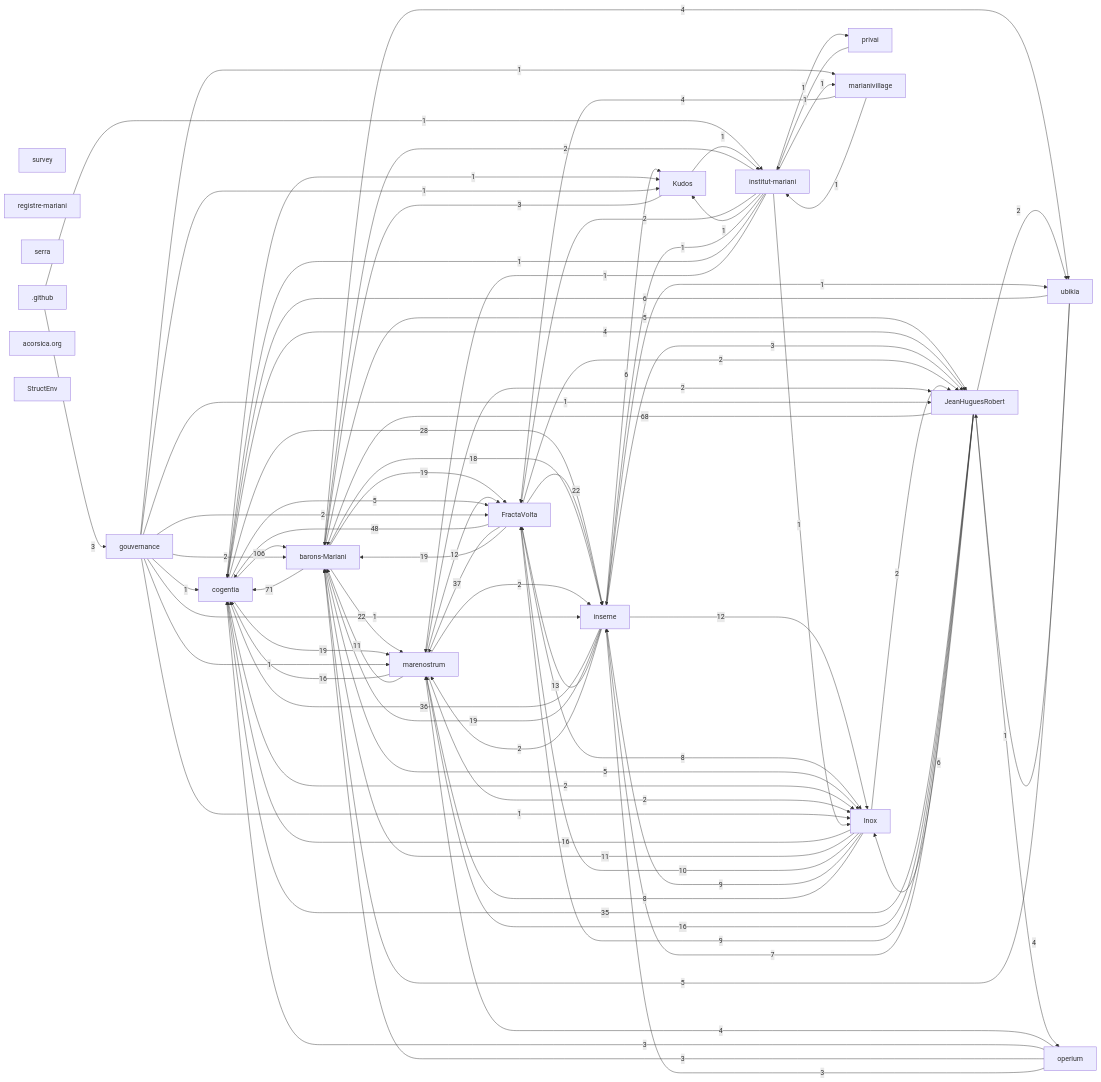
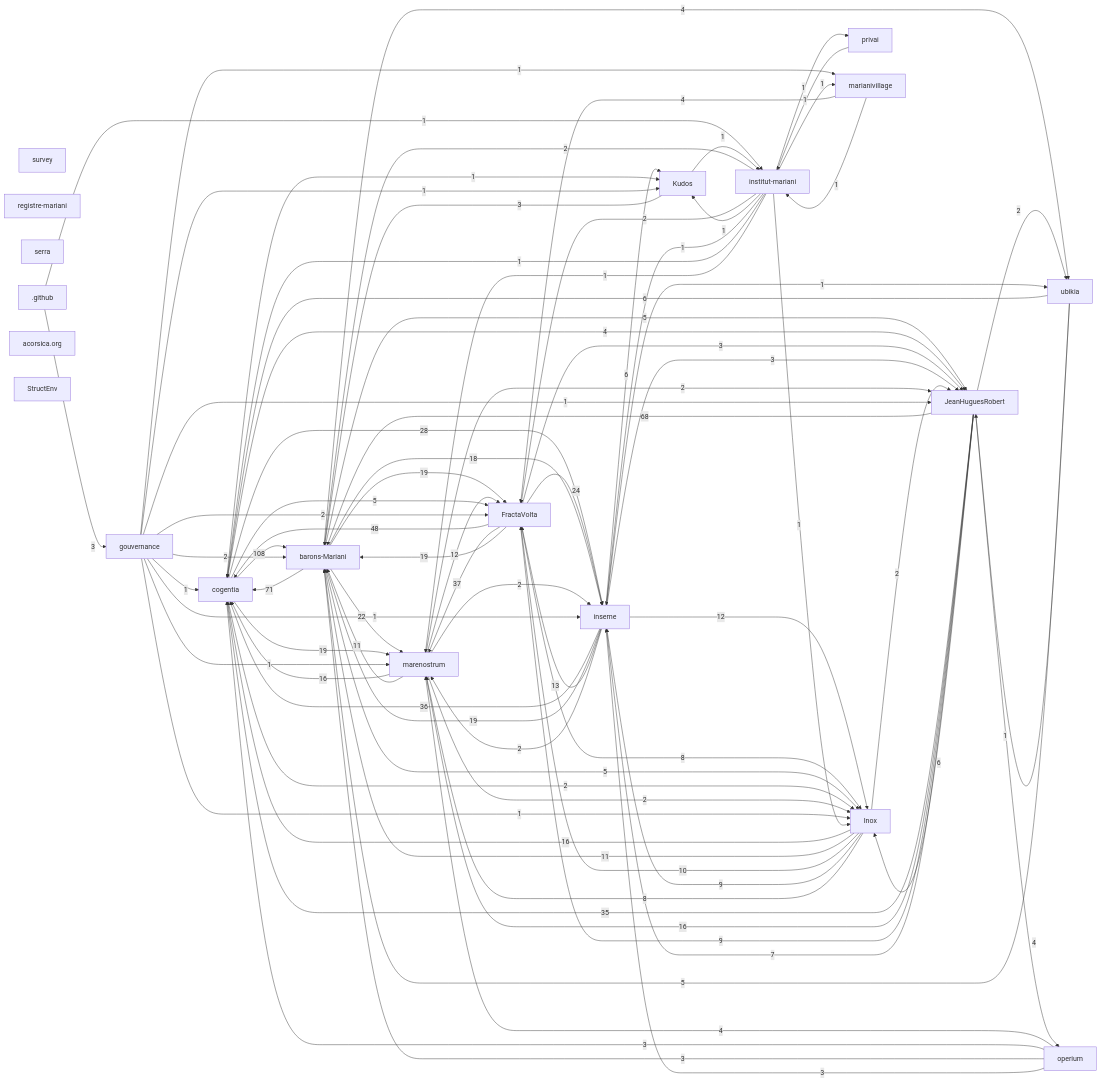
One commit to acorsica/acorsica.org changed the first of 2 diagrams in research/corpus-status.md. Above: the diagram before and after it, drawn with Mermaid.

Commit message:
Refresh corpus status

```diff
--- a/research/corpus-status.md
+++ b/research/corpus-status.md
@@ -56,7 +56,7 @@
   r_github[".github"]
   r_acorsica_org["acorsica.org"]
   r_structenv["StructEnv"]
-  r_cogentia -->|106| r_barons_mariani
+  r_cogentia -->|108| r_barons_mariani
   r_barons_mariani -->|71| r_cogentia
   r_jeanhuguesrobert -->|68| r_barons_mariani
   r_fractavolta -->|48| r_cogentia
@@ -64,8 +64,8 @@
   r_inseme -->|36| r_cogentia
   r_jeanhuguesrobert -->|35| r_cogentia
   r_cogentia -->|28| r_inseme
+  r_fractavolta -->|24| r_inseme
   r_barons_mariani -->|22| r_marenostrum
-  r_fractavolta -->|22| r_inseme
   r_barons_mariani -->|19| r_fractavolta
   r_cogentia -->|19| r_marenostrum
   r_fractavolta -->|19| r_barons_mariani
@@ -98,13 +98,13 @@
   r_operium -->|4| r_marenostrum
   r_ubikia -->|4| r_jeanhuguesrobert
   r_github -->|3| r_gouvernance
+  r_fractavolta -->|3| r_jeanhuguesrobert
   r_inseme -->|3| r_jeanhuguesrobert
   r_kudos -->|3| r_barons_mariani
   r_operium -->|3| r_cogentia
   r_operium -->|3| r_barons_mariani
   r_operium -->|3| r_inseme
   r_cogentia -->|2| r_inox
-  r_fractavolta -->|2| r_jeanhuguesrobert
   r_gouvernance -->|2| r_barons_mariani
   r_gouvernance -->|2| r_fractavolta
   r_inox -->|2| r_jeanhuguesrobert
```
